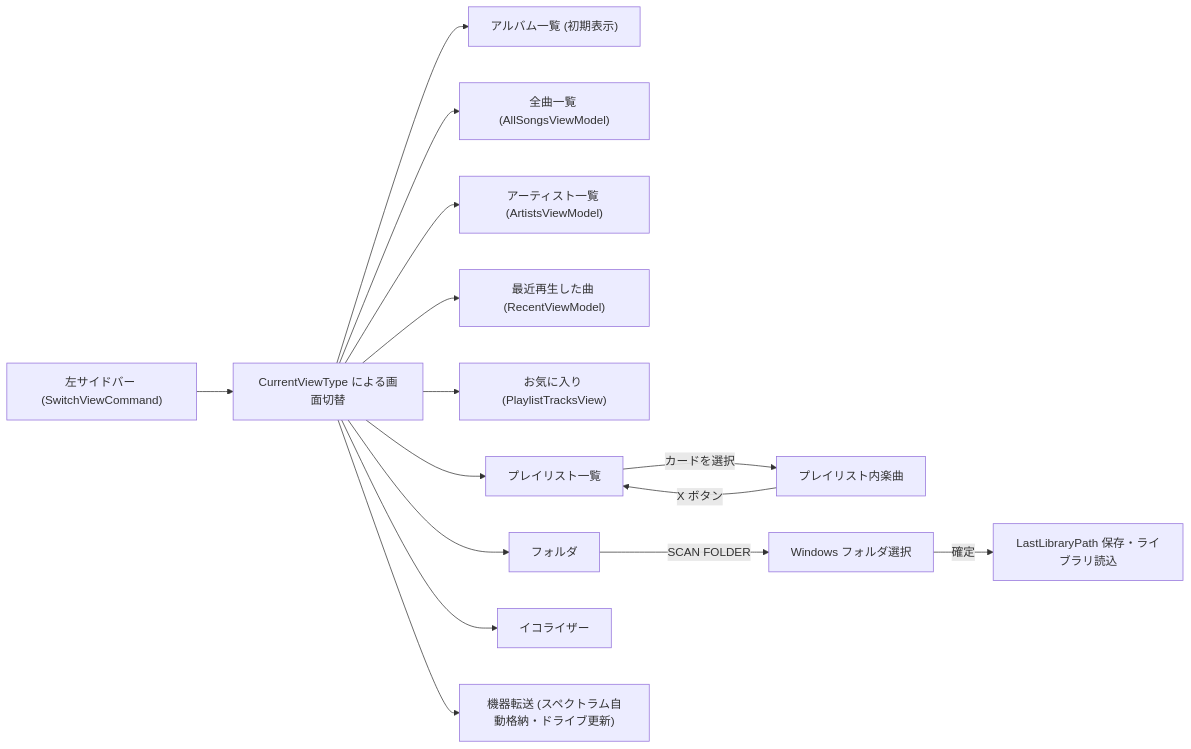
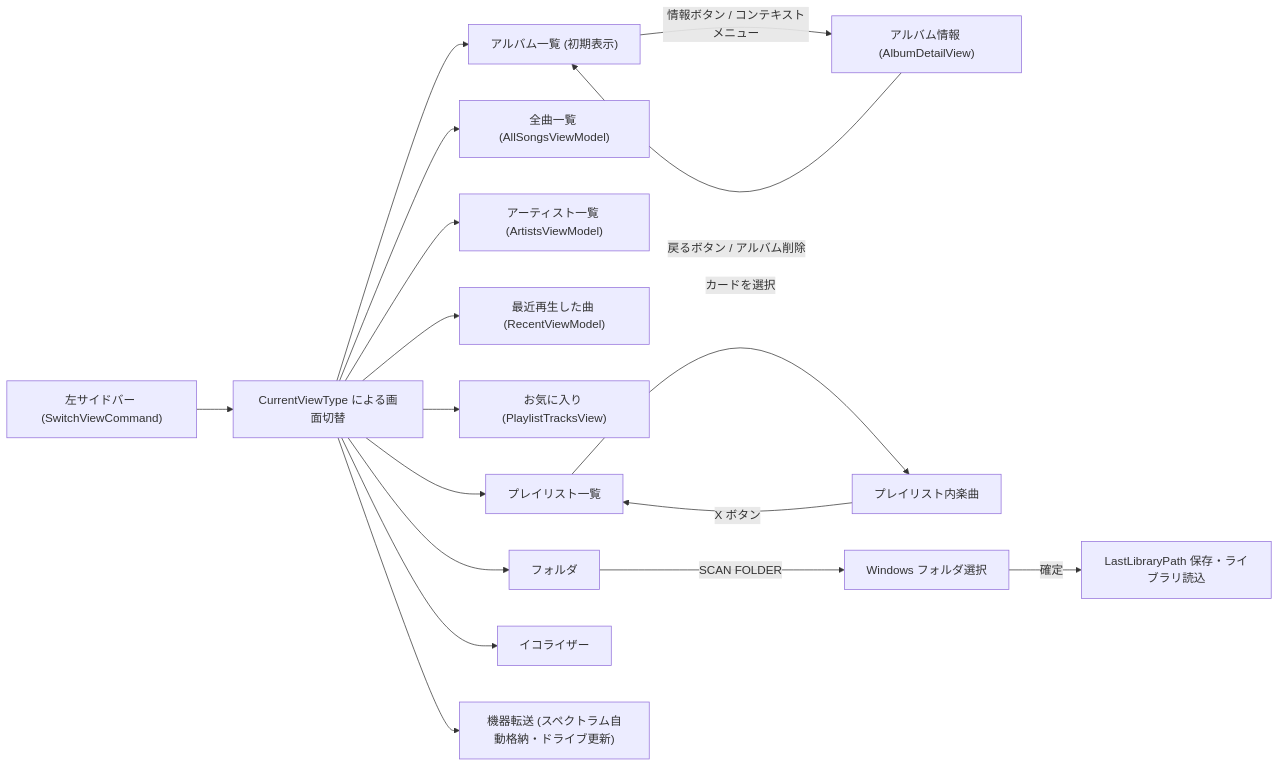
One commit to taketonnbo/Audio_Effector changed the diagram in 設計/画面設計/画面遷移・ナビゲーション設計書.md. Above: the diagram before and after it, drawn with Mermaid. The commit also changed other lines of this file and 2 other files, not shown here.

````diff
--- a/設計/画面設計/画面遷移・ナビゲーション設計書.md
+++ b/設計/画面設計/画面遷移・ナビゲーション設計書.md
@@ -28,17 +31,19 @@
 ```mermaid
 flowchart LR
     Sidebar["左サイドバー (SwitchViewCommand)"] --> Workspace["CurrentViewType による画面切替"]
     Workspace --> Albums["アルバム一覧 (初期表示)"]
+    Albums -->|"情報ボタン / コンテキストメニュー"| AlbumDetail["アルバム情報 (AlbumDetailView)"]
+    AlbumDetail -->|"戻るボタン / アルバム削除"| Albums
     Workspace --> AllSongs["全曲一覧 (AllSongsViewModel)"]
     Workspace --> Artists["アーティスト一覧 (ArtistsViewModel)"]
     Workspace --> Recent["最近再生した曲 (RecentViewModel)"]
     Workspace --> Favorites["お気に入り (PlaylistTracksView)"]
     Workspace --> Playlists["プレイリスト一覧"]
     Playlists -->|"カードを選択"| Tracks["プレイリスト内楽曲"]
     Tracks -->|"X ボタン"| Playlists
     Workspace --> Folder["フォルダ"]
     Folder -->|"SCAN FOLDER"| Picker["Windows フォルダ選択"]
     Picker -->|"確定"| Library["LastLibraryPath 保存・ライブラリ読込"]
     Workspace --> Equalizer["イコライザー"]
     Workspace --> Device["機器転送 (スペクトラム自動格納・ドライブ更新)"]
 ```
````
